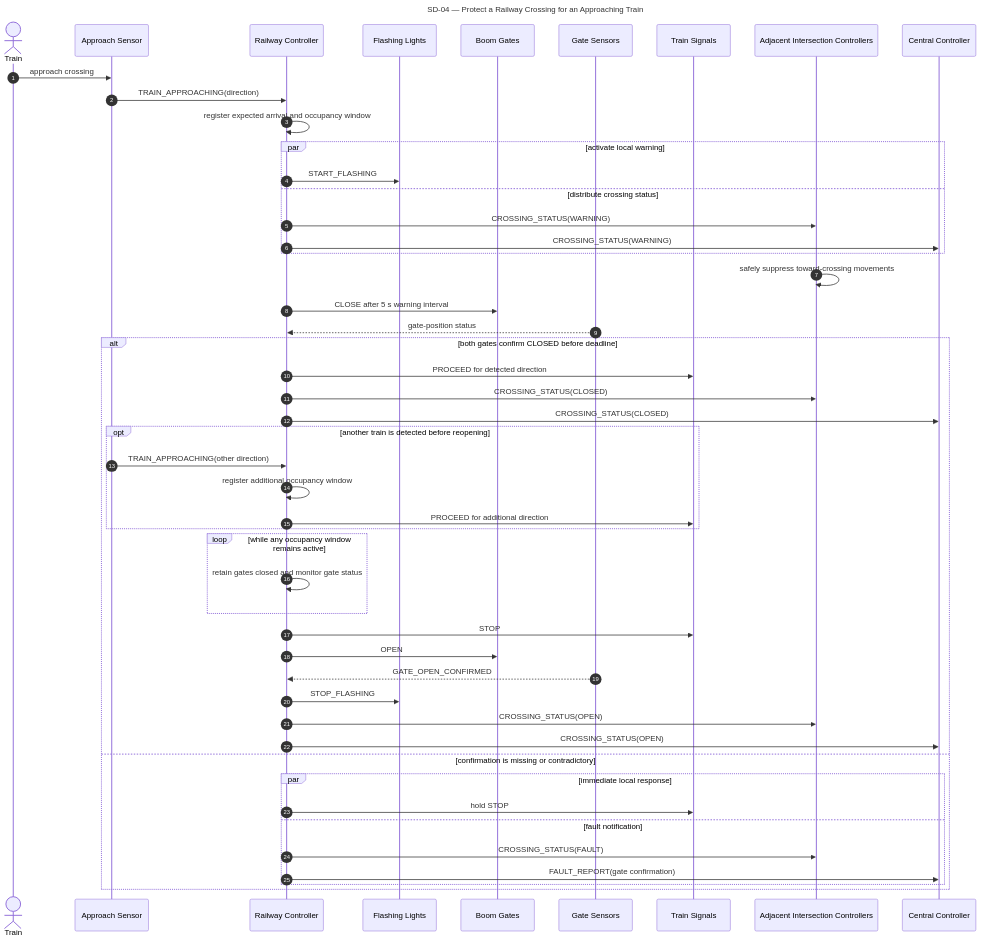
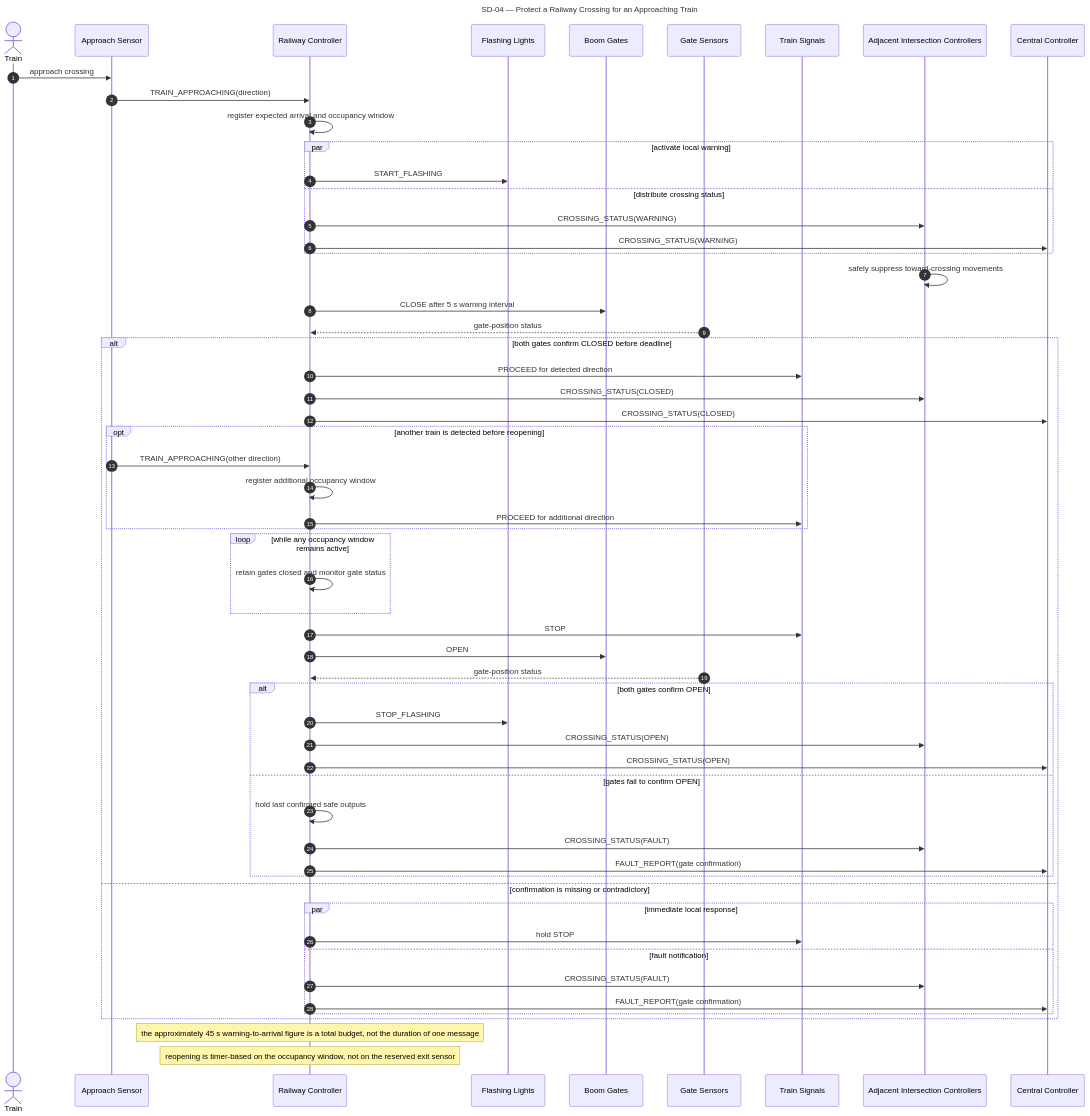
Before and after one commit to lucietran03/traffic-control-system: the fourth of 8 diagrams in SEQUENCE_DIAGRAMS.md, drawn with Mermaid. The commit also changed other lines of this file and 1 other file, not shown here.

First line of the commit message:
Fix SD-07 ACK ordering, restore missing UC alt flows, add review notes

````diff
--- a/SEQUENCE_DIAGRAMS.md
+++ b/SEQUENCE_DIAGRAMS.md
@@ -157,64 +175,74 @@
 ```mermaid
 ---
 title: SD-04 — Protect a Railway Crossing for an Approaching Train
 ---
 sequenceDiagram
     accTitle: SD-04 Protect a Railway Crossing for an Approaching Train
     accDescr: A railway controller detects an approaching train, closes and verifies the gates, protects overlapping occupancy windows, and safely reopens the crossing.
     autonumber
 
     actor T as Train
     participant AS as Approach Sensor
     participant RLx as Railway Controller
     participant FL as Flashing Lights
     participant BG as Boom Gates
     participant GS as Gate Sensors
     participant TS as Train Signals
     participant Lx as Adjacent Intersection Controllers
     participant C1 as Central Controller
 
     T->>AS: approach crossing
     AS->>RLx: TRAIN_APPROACHING(direction)
     RLx->>RLx: register expected arrival and occupancy window
 
     par activate local warning
         RLx->>FL: START_FLASHING
     and distribute crossing status
         RLx->>Lx: CROSSING_STATUS(WARNING)
         RLx->>C1: CROSSING_STATUS(WARNING)
     end
 
     Lx->>Lx: safely suppress toward-crossing movements
     RLx->>BG: CLOSE after 5 s warning interval
     GS-->>RLx: gate-position status
 
     alt both gates confirm CLOSED before deadline
         RLx->>TS: PROCEED for detected direction
         RLx->>Lx: CROSSING_STATUS(CLOSED)
         RLx->>C1: CROSSING_STATUS(CLOSED)
 
         opt another train is detected before reopening
             AS->>RLx: TRAIN_APPROACHING(other direction)
             RLx->>RLx: register additional occupancy window
             RLx->>TS: PROCEED for additional direction
         end
 
         loop while any occupancy window remains active
             RLx->>RLx: retain gates closed and monitor gate status
         end
 
         RLx->>TS: STOP
         RLx->>BG: OPEN
-        GS-->>RLx: GATE_OPEN_CONFIRMED
-        RLx->>FL: STOP_FLASHING
-        RLx->>Lx: CROSSING_STATUS(OPEN)
-        RLx->>C1: CROSSING_STATUS(OPEN)
+        GS-->>RLx: gate-position status
+
+        alt both gates confirm OPEN
+            RLx->>FL: STOP_FLASHING
+            RLx->>Lx: CROSSING_STATUS(OPEN)
+            RLx->>C1: CROSSING_STATUS(OPEN)
+        else gates fail to confirm OPEN
+            RLx->>RLx: hold last confirmed safe outputs
+            RLx->>Lx: CROSSING_STATUS(FAULT)
+            RLx->>C1: FAULT_REPORT(gate confirmation)
+        end
     else confirmation is missing or contradictory
         par immediate local response
             RLx->>TS: hold STOP
         and fault notification
             RLx->>Lx: CROSSING_STATUS(FAULT)
             RLx->>C1: FAULT_REPORT(gate confirmation)
         end
     end
+
+    Note over RLx: the approximately 45 s warning-to-arrival figure is a total budget, not the duration of one message
+    Note over RLx: reopening is timer-based on the occupancy window, not on the reserved exit sensor
 ```
````
